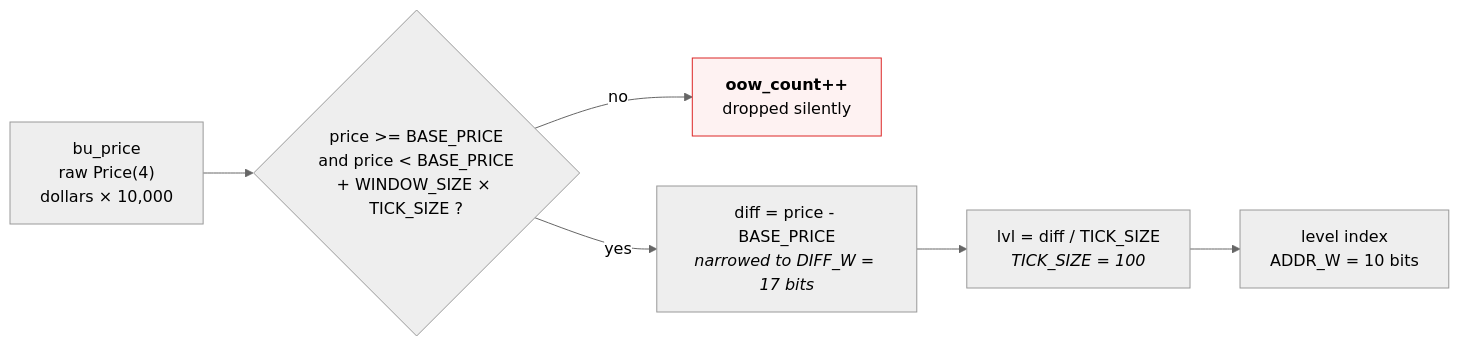
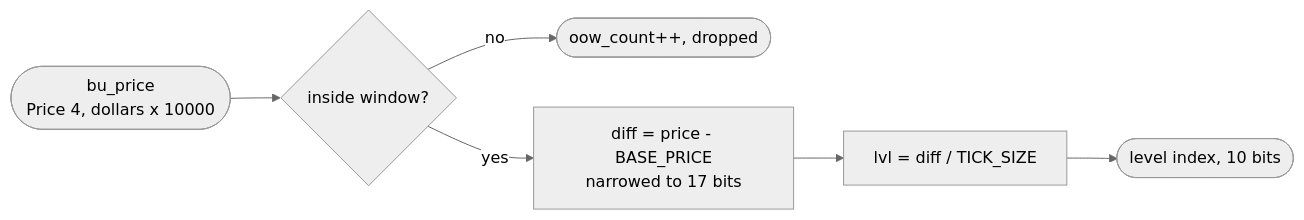
Before and after one commit to Rushmello369/fpga-feed-handler: the second of 5 diagrams in docs/diagrams/book_update.md, drawn with Mermaid (neutral theme). The commit also changed other lines of this file and 12 other files, not shown here.

Commit message:
add diagrams for system and module architectures

````diff
--- a/docs/diagrams/book_update.md
+++ b/docs/diagrams/book_update.md
@@ -34,12 +28,9 @@
 ```mermaid
 flowchart LR
-    P["bu_price<br/>raw Price(4)<br/>dollars × 10,000"]
-    P --> CHK{"price >= BASE_PRICE<br/>and price < BASE_PRICE<br/>+ WINDOW_SIZE × TICK_SIZE ?"}
-    CHK -->|no| OOW["<b>oow_count++</b><br/>dropped silently"]
-    CHK -->|yes| SUB["diff = price - BASE_PRICE<br/><i>narrowed to DIFF_W = 17 bits</i>"]
-    SUB --> DIV["lvl = diff / TICK_SIZE<br/><i>TICK_SIZE = 100</i>"]
-    DIV --> ADDR["level index<br/>ADDR_W = 10 bits"]
-
-    classDef bad fill:#fef2f2,stroke:#dc2626
-    class OOW bad
+    P([bu_price<br/>Price 4, dollars x 10000])
+    P --> CHK{inside window?}
+    CHK -->|no| OOW([oow_count++, dropped])
+    CHK -->|yes| SUB[diff = price - BASE_PRICE<br/>narrowed to 17 bits]
+    SUB --> DIV[lvl = diff / TICK_SIZE]
+    DIV --> ADDR([level index, 10 bits])
 ```
````
